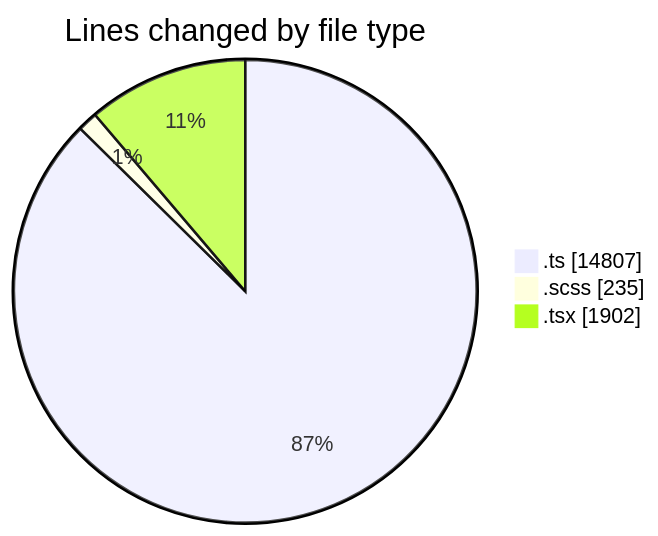
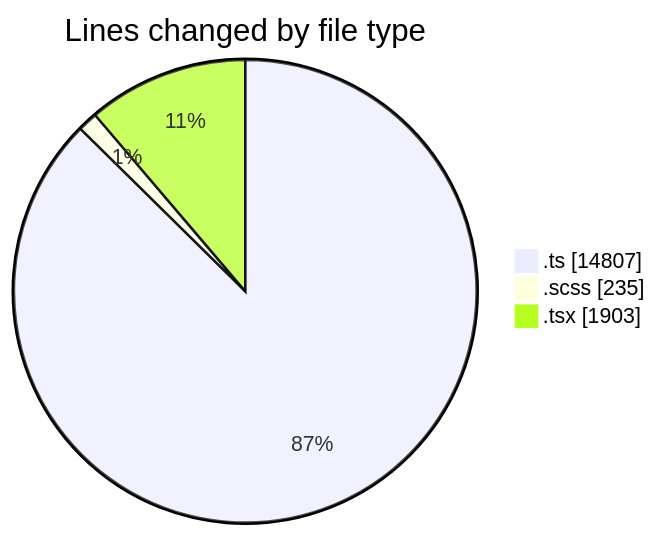
Before and after one commit to momahboobian/code-tracking: the first of 2 diagrams in 2025-08-27/cda/README.md, drawn with Mermaid. The commit also changed other lines of this file and 1 other file, not shown here.

````diff
--- a/2025-08-27/cda/README.md
+++ b/2025-08-27/cda/README.md
@@ -31,7 +31,7 @@
 ```mermaid
 pie showData
 title Lines changed by file type
 ".ts" : 14807
 ".scss" : 235
-".tsx" : 1902
+".tsx" : 1903
 ```
````
